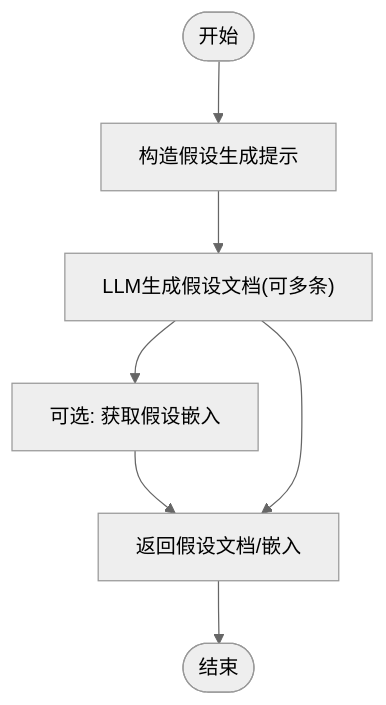
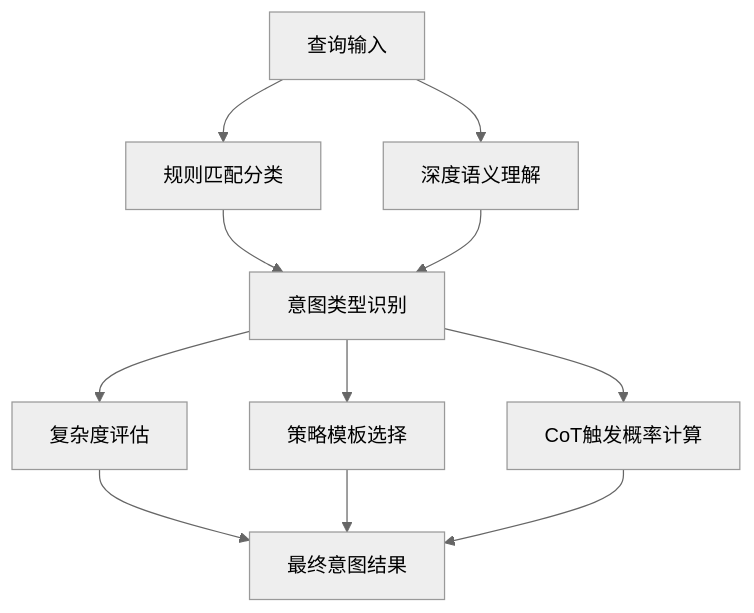
The fourth of 10 diagrams in .qoder/repowiki/zh/content/检索引擎模块/检索引擎模块.md (JieGaoPrinceton/NecoRAG), drawn with Mermaid (neutral theme) before and after one commit. The commit also changed other lines of this file and 82 other files, not shown here.

````diff
--- a/.qoder/repowiki/zh/content/检索引擎模块/检索引擎模块.md
+++ b/.qoder/repowiki/zh/content/检索引擎模块/检索引擎模块.md
@@ -198,9 +216,13 @@
 ```mermaid
 flowchart TD
-Start(["开始"]) --> Prompt["构造假设生成提示"]
-Prompt --> Generate["LLM生成假设文档(可多条)"]
-Generate --> Embed["可选: 获取假设嵌入"]
-Embed --> Return["返回假设文档/嵌入"]
-Generate --> Return
-Return --> End(["结束"])
+A["查询输入"] --> B["规则匹配分类"]
+A --> C["深度语义理解"]
+B --> D["意图类型识别"]
+C --> D
+D --> E["复杂度评估"]
+D --> F["策略模板选择"]
+D --> G["CoT触发概率计算"]
+E --> H["最终意图结果"]
+F --> H
+G --> H
 ```
````
